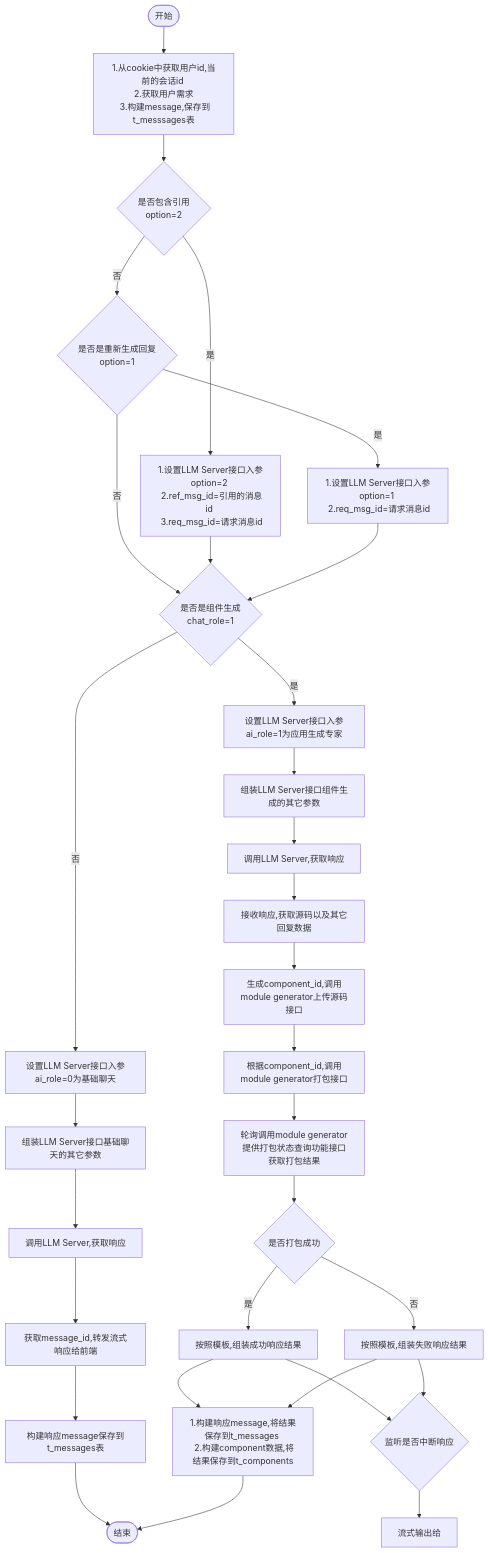
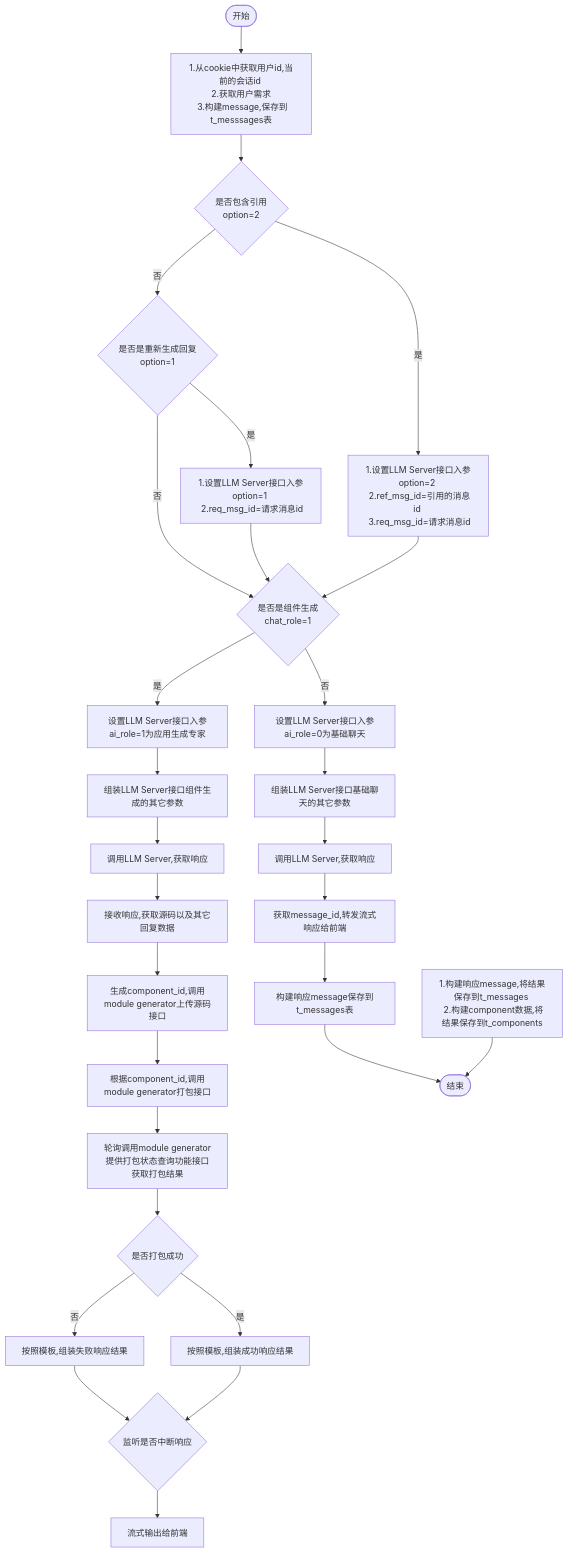
One commit to yingjianzh/iodraw-files changed the diagram in all/w3-会话-不需要传递message.md. Above: the diagram before and after it, drawn with Mermaid.

Commit message:
2024-10-15 15:13:33 update

````diff
--- a/all/w3-会话-不需要传递message.md
+++ b/all/w3-会话-不需要传递message.md
@@ -1,36 +1,36 @@
 ```mermaid
 flowchart TD
     A([开始]) --> B[1.从cookie中获取用户id,当前的会话id \n 2.获取用户需求 \n 3.构建message,保存到t_messsages表]
     B--> D{是否包含引用 \n option=2}
     D -- 是 --> E[1.设置LLM Server接口入参option=2 \n 2.ref_msg_id=引用的消息id \n 3.req_msg_id=请求消息id]
     D -- 否 --> F{是否是重新生成回复\n option=1}
     F -- 是 --> G[1.设置LLM Server接口入参option=1 \n 2.req_msg_id=请求消息id]
     F -- 否 --> I
      
     E & G --> I{是否是组件生成 \n chat_role=1}
     I -- 否 --> K[设置LLM Server接口入参ai_role=0为基础聊天]
     I -- 是 --> J[设置LLM Server接口入参ai_role=1为应用生成专家]
     
 
     J --> L[组装LLM Server接口组件生成的其它参数]    
     K --> M[组装LLM Server接口基础聊天的其它参数]    
     M --> N[调用LLM Server,获取响应]    
     N --> O[获取message_id,转发流式响应给前端]
     O --> P[构建响应message保存到t_messages表]
     P --> R([结束])
 
 
     L --> S[调用LLM Server,获取响应]
     S --> T[接收响应,获取源码以及其它回复数据]
     T --> U[生成component_id,调用module generator上传源码接口]
     U --> V[根据component_id,调用module generator打包接口]
     V --> W[轮询调用module generator提供打包状态查询功能接口获取打包结果]
     W --> X{是否打包成功}
     X -- 是 --> Y[按照模板,组装成功响应结果]
     X -- 否 --> Z[按照模板,组装失败响应结果]
     Y & Z --> Done{监听是否中断响应}
-    Done --> OutPut[流式输出给]
+    Done --> OutPut[流式输出给前端]
 
-    Y & Z --> Result[1.构建响应message,将结果保存到t_messages \n 2.构建component数据,将结果保存到t_components]
+    Result[1.构建响应message,将结果保存到t_messages \n 2.构建component数据,将结果保存到t_components]
     Result --> R
 ```
````
